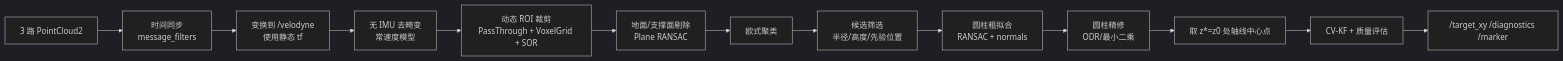
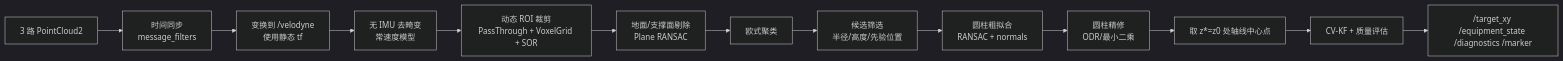
One commit to JBaien/Location changed the second of 2 diagrams in SLAM.md. Above: the diagram before and after it, drawn with Mermaid (dark theme). The commit also changed other lines of this file and 21 other files, not shown here.

````diff
--- a/SLAM.md
+++ b/SLAM.md
@@ -90,15 +90,15 @@
 ```mermaid
 flowchart LR
   A["3 路 PointCloud2"] --> B["时间同步\nmessage_filters"]
   B --> C["变换到 /velodyne\n使用静态 tf"]
   C --> D["无 IMU 去畸变\n常速度模型"]
   D --> E["动态 ROI 裁剪\nPassThrough + VoxelGrid + SOR"]
   E --> F["地面/支撑面剔除\nPlane RANSAC"]
   F --> G["欧式聚类"]
   G --> H["候选筛选\n半径/高度/先验位置"]
   H --> I["圆柱粗拟合\nRANSAC + normals"]
   I --> J["圆柱精修\nODR/最小二乘"]
   J --> K["取 z*=z0 处轴线中心点"]
   K --> L["CV-KF + 质量评估"]
-  L --> M["/target_xy /diagnostics /marker"]
+  L --> M["/target_xy /equipment_state /diagnostics /marker"]
 ```
````
